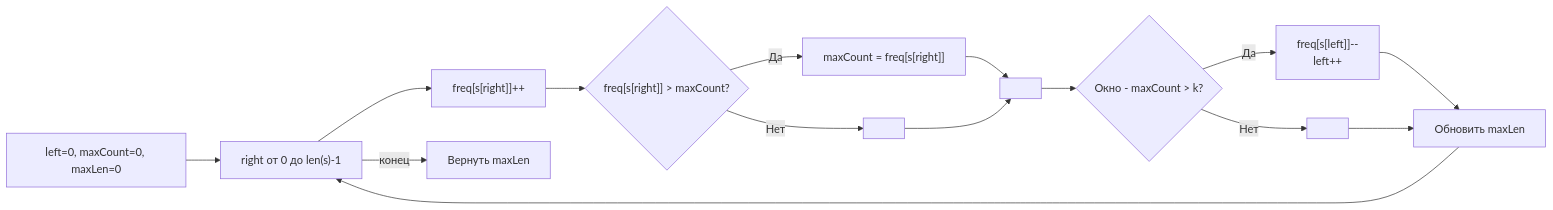
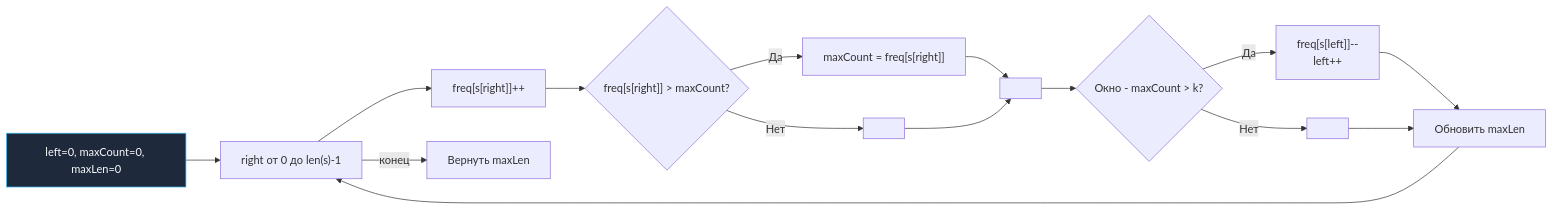
The diagram in sources/21. Задачи с LeetCode и собеседований на Go/02. Задачи/03. Скользящее окно/7. Longest Repeating Character Replacement.md (UnrealTemplier/go-textbook), drawn with Mermaid before and after one commit. The commit also changed 1666 other files, not shown here.

First line of the commit message:
feat(mermaid): add semantic color classDef to 1369 colorless flowchart/graph diagrams

````diff
--- a/sources/21. Задачи с LeetCode и собеседований на Go/02. Задачи/03. Скользящее окно/7. Longest Repeating Character Replacement.md
+++ b/sources/21. Задачи с LeetCode и собеседований на Go/02. Задачи/03. Скользящее окно/7. Longest Repeating Character Replacement.md
@@ -74,17 +74,27 @@
 ```mermaid
 flowchart LR
-    A["left=0, maxCount=0, maxLen=0"] --> B["right от 0 до len(s)-1"]
+    classDef process  fill:#1e293b,stroke:#38bdf8,stroke-width:1px,color:#f8fafc
+    classDef success  fill:#064e3b,stroke:#34d399,stroke-width:1px,color:#f8fafc
+    classDef error    fill:#7f1d1d,stroke:#f87171,stroke-width:1px,color:#f8fafc
+    classDef warning  fill:#78350f,stroke:#fbbf24,stroke-width:1px,color:#f8fafc
+    classDef entry    fill:#1e3a5f,stroke:#38bdf8,stroke-width:2px,color:#f8fafc
+    classDef aux      fill:#334155,stroke:#64748b,stroke-width:1px,color:#f8fafc
+    classDef system   fill:#312e81,stroke:#a78bfa,stroke-width:1px,color:#f8fafc
+    classDef data     fill:#132d29,stroke:#2dd4bf,stroke-width:1px,color:#f8fafc
+    classDef network  fill:#881337,stroke:#fb7185,stroke-width:1px,color:#f8fafc
+    classDef accent   fill:#1e1b4b,stroke:#818cf8,stroke-width:1px,color:#f8fafc
+    A["left=0, maxCount=0, maxLen=0"]:::process --> B["right от 0 до len(s)-1"]
     B --> C["freq[s[right]]++"]
     C --> D{"freq[s[right]] > maxCount?"}
     D -->|"Да"| E["maxCount = freq[s[right]]"]
     D -->|"Нет"| F[" "]
     E --> G[" "]
     F --> G
     G --> H{"Окно - maxCount > k?"}
     H -->|"Да"| I["freq[s[left]]--<br>left++"]
     H -->|"Нет"| J[" "]
     I --> K["Обновить maxLen"]
     J --> K
     K --> B
     B -->|"конец"| L["Вернуть maxLen"]
 ```
````
